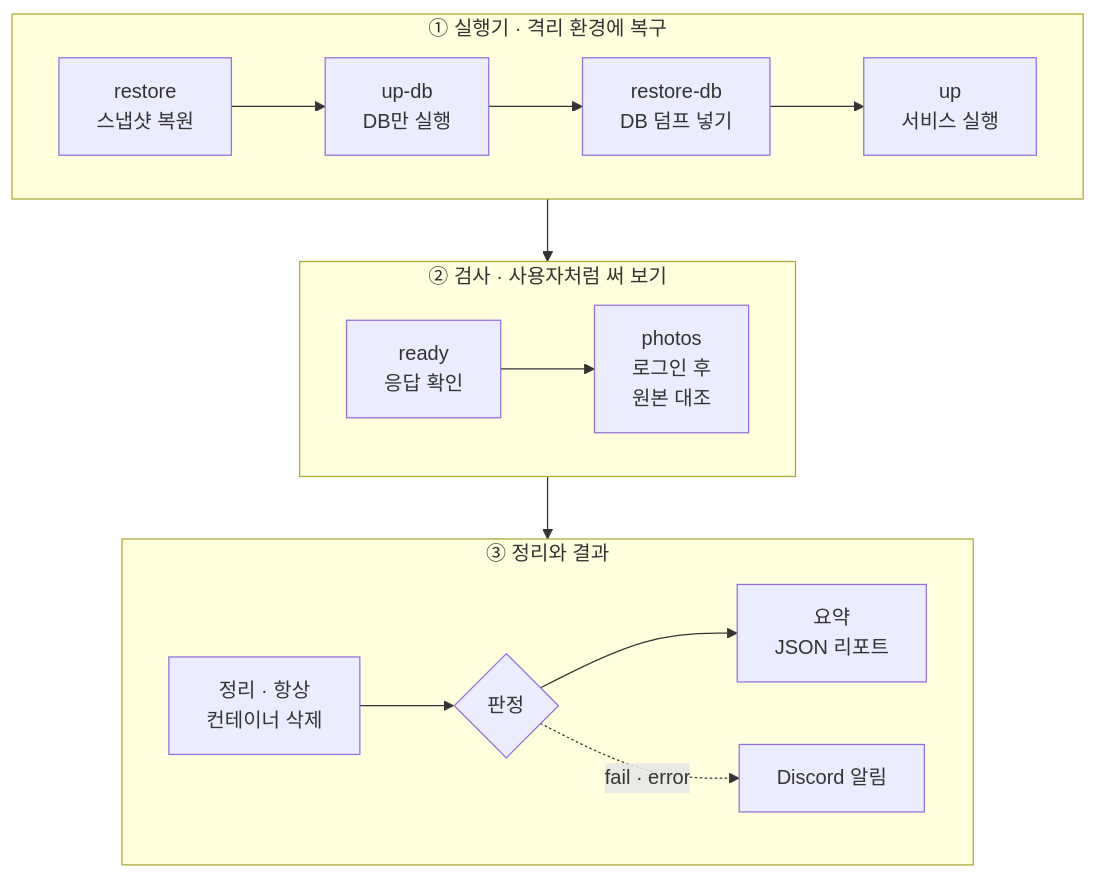
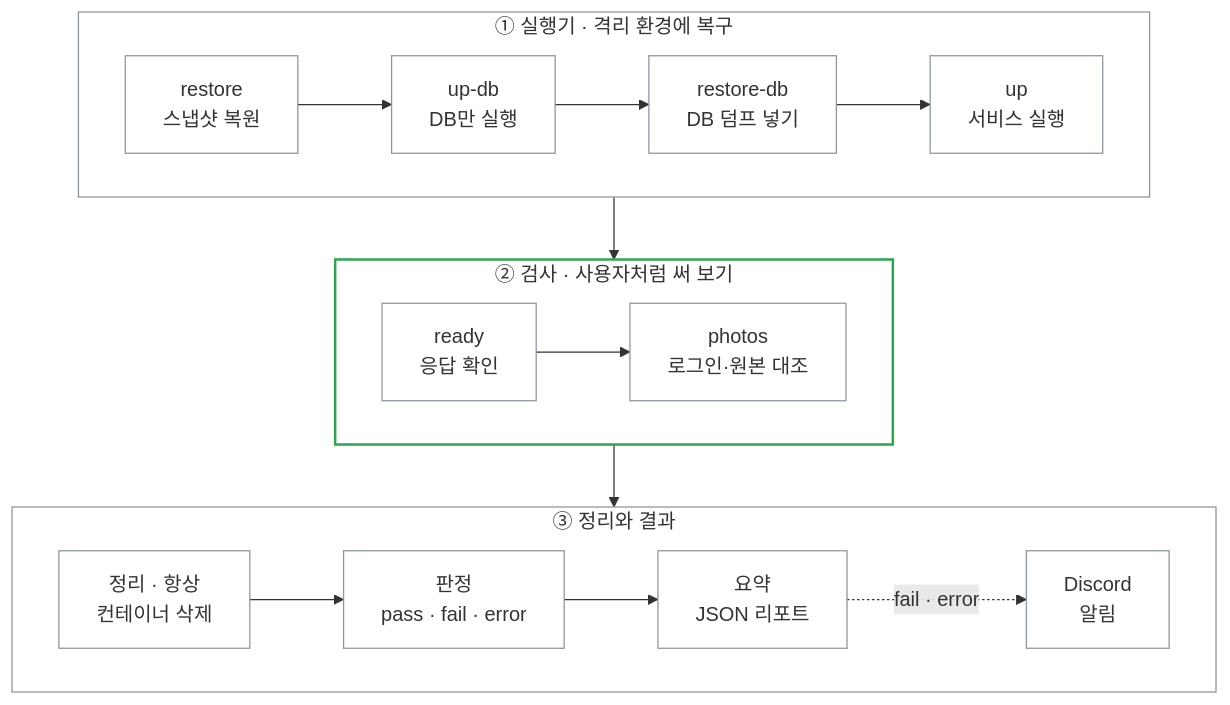
The diagram in README.md (wetrun/2026-OSS-TeamH-Wetrun), drawn with Mermaid before and after one commit. The commit also changed other lines of this file, not shown here.

````diff
--- a/README.md
+++ b/README.md
@@ -32,17 +32,22 @@
 ```mermaid
 flowchart TB
     subgraph R["① 실행기 · 격리 환경에 복구"]
         direction LR
         A["restore<br>스냅샷 복원"] --> B["up-db<br>DB만 실행"] --> C["restore-db<br>DB 덤프 넣기"] --> D["up<br>서비스 실행"]
     end
     subgraph K["② 검사 · 사용자처럼 써 보기"]
         direction LR
-        E["ready<br>응답 확인"] --> F["photos<br>로그인 후<br>원본 대조"]
+        E["ready<br>응답 확인"] --> F["photos<br>로그인·원본 대조"]
     end
     subgraph O["③ 정리와 결과"]
         direction LR
-        G["정리 · 항상<br>컨테이너 삭제"] --> H{"판정"} --> I["요약<br>JSON 리포트"]
-        H -.->|"fail · error"| J["Discord 알림"]
+        G["정리 · 항상<br>컨테이너 삭제"] --> H["판정<br>pass · fail · error"] --> I["요약<br>JSON 리포트"]
+        I -.->|"fail · error"| J["Discord<br>알림"]
     end
     R --> K --> O
+    classDef step fill:transparent,stroke:#8b949e,stroke-width:1px
+    class A,B,C,D,E,F,G,H,I,J step
+    style R fill:transparent,stroke:#8b949e
+    style K fill:transparent,stroke:#2da44e,stroke-width:2px
+    style O fill:transparent,stroke:#8b949e
 ```
````
